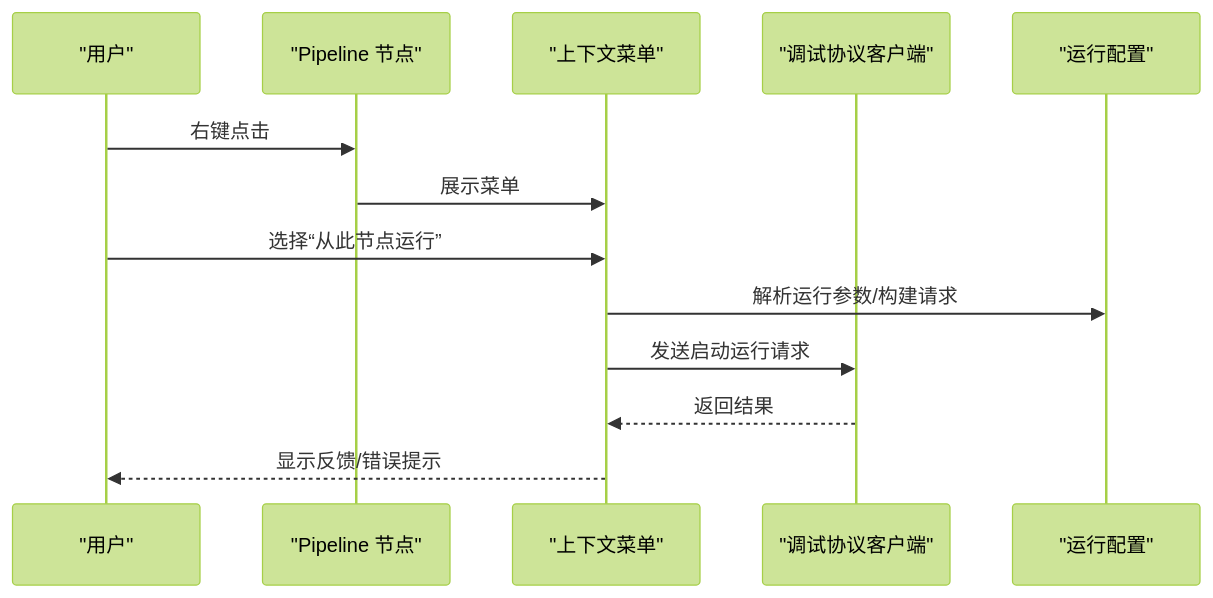
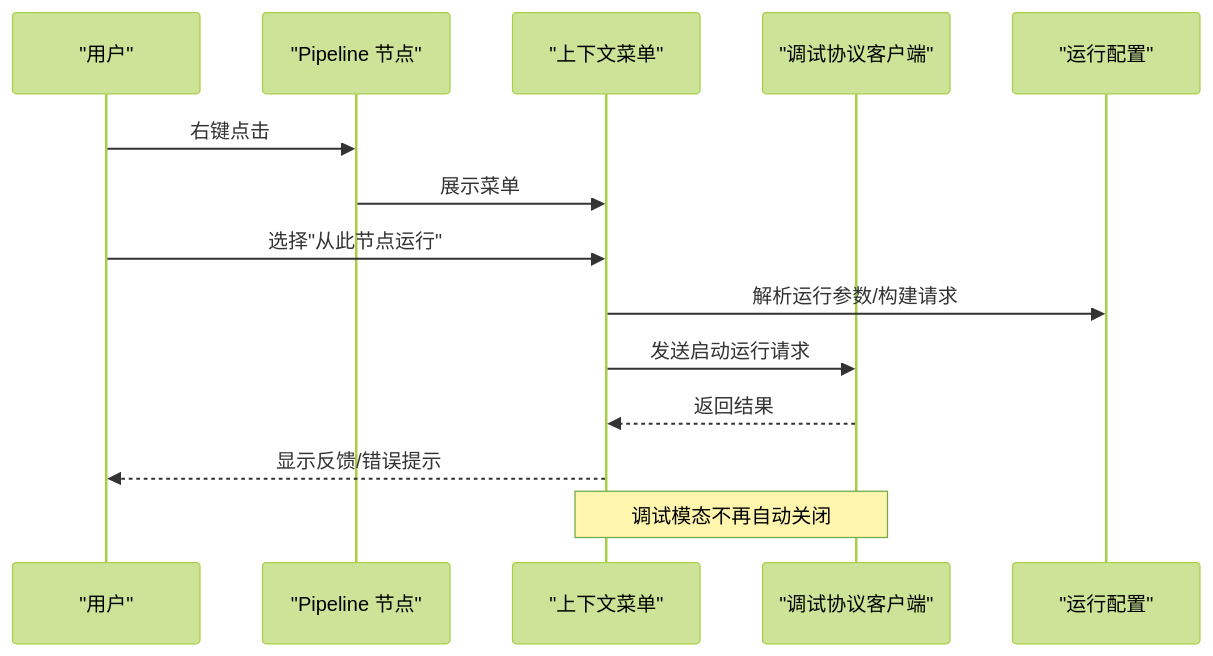
One commit to kqcoxn/MaaPipelineEditor changed the third of 7 diagrams in .qoder/repowiki/zh/content/可视化编辑器/节点系统/节点系统.md. Above: the diagram before and after it, drawn with Mermaid (forest theme). The commit also changed other lines of this file and 19 other files, not shown here.

````diff
--- a/.qoder/repowiki/zh/content/可视化编辑器/节点系统/节点系统.md
+++ b/.qoder/repowiki/zh/content/可视化编辑器/节点系统/节点系统.md
@@ -168,15 +189,16 @@
 ```mermaid
 sequenceDiagram
 participant U as "用户"
 participant N as "Pipeline 节点"
 participant M as "上下文菜单"
 participant S as "调试协议客户端"
 participant P as "运行配置"
 U->>N : 右键点击
 N->>M : 展示菜单
-U->>M : 选择“从此节点运行”
+U->>M : 选择"从此节点运行"
 M->>P : 解析运行参数/构建请求
 M->>S : 发送启动运行请求
 S-->>M : 返回结果
 M-->>U : 显示反馈/错误提示
+Note over M,S : 调试模态不再自动关闭
 ```
````
